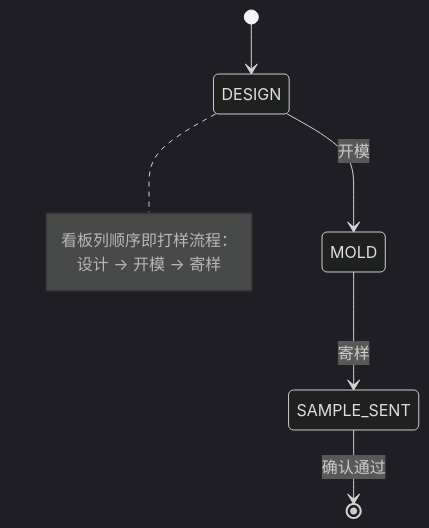
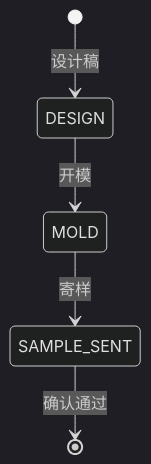
Before and after one commit to wx-wan/ysem: the fourth of 6 diagrams in docs/业务流程与状态机.md, drawn with Mermaid (dark theme). The commit also changed other lines of this file, not shown here.

Commit message:
docs: 重排业务流程与状态机 mermaid 图表，修正实现进度

````diff
--- a/docs/业务流程与状态机.md
+++ b/docs/业务流程与状态机.md
@@ -109,12 +93,7 @@
 ```mermaid
 stateDiagram-v2
-    [*] --> DESIGN
+    [*] --> DESIGN : 设计稿
     DESIGN --> MOLD : 开模
     MOLD --> SAMPLE_SENT : 寄样
     SAMPLE_SENT --> [*] : 确认通过
-
-    note right of DESIGN
-        看板列顺序即打样流程：
-        设计 → 开模 → 寄样
-    end note
 ```
````
